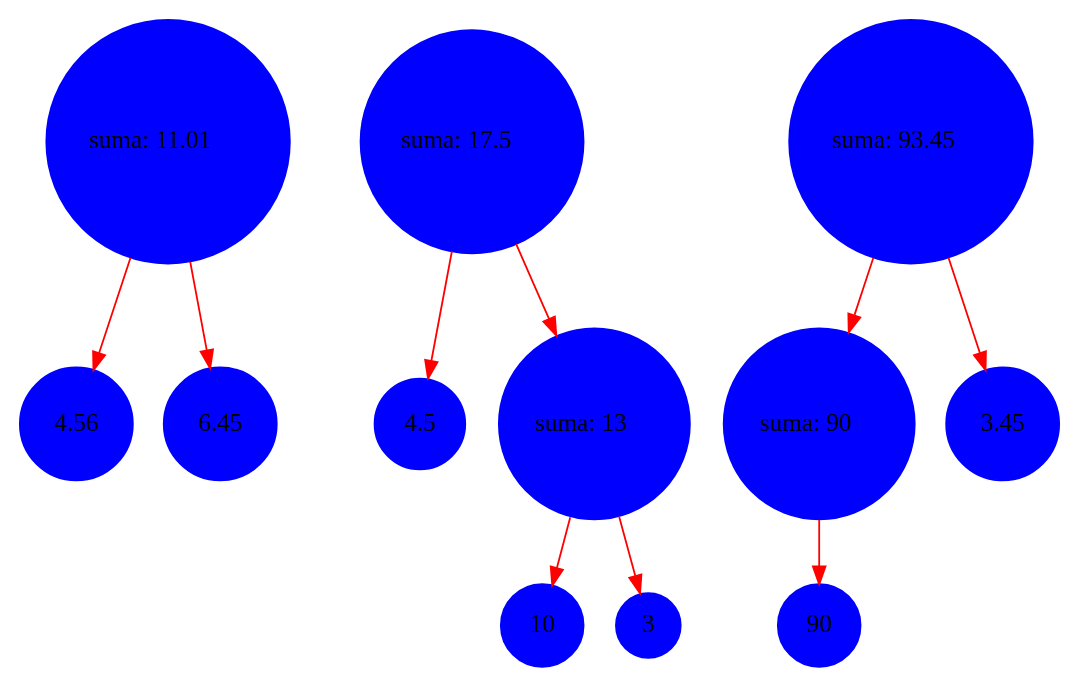
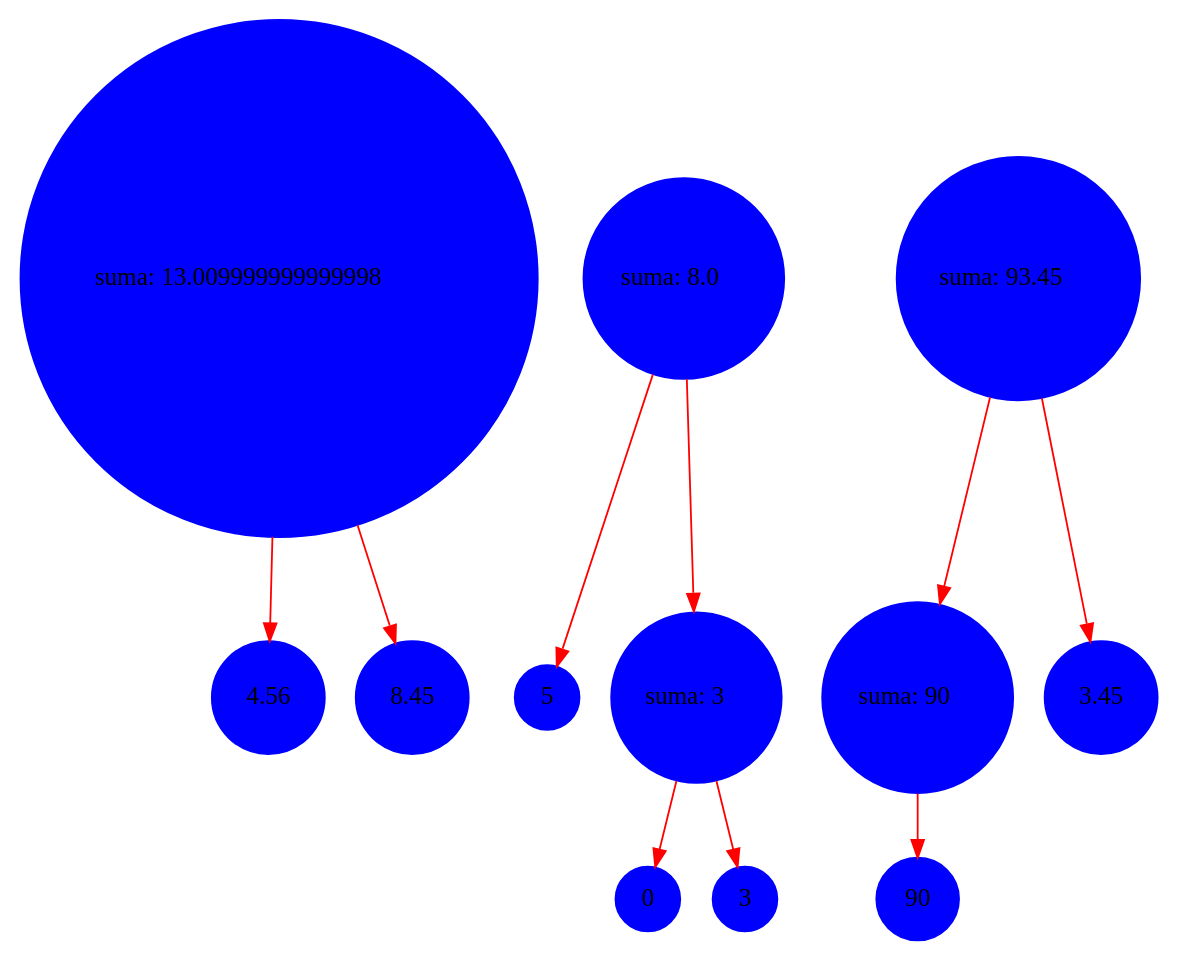
The diagram in grafo.dot (Jhonsagui81/-LFP-royecto1_202106003), drawn with Graphviz before and after one commit. The commit also changed 4 other files, not shown here.

```diff
--- a/grafo.dot
+++ b/grafo.dot
@@ -1,24 +1,24 @@
 digraph {
 	rankdir=TB
 	4.56 [shape=circle style=filled color = blue]
  	suma1 -> 4.56 [shape=record color=red]
-	6.45 [shape=circle style=filled color = blue]
- 	suma1 -> 6.45 [shape=record color=red]
-	suma1 [shape=circle style=filled color = blue, label=<suma: 11.01>]
- 	4.5 [shape=circle style=filled color = blue]
- 	suma2 -> 4.5 [shape=record color=red]
-	10 [shape=circle style=filled color = blue]
- 	suma102 -> 10 [shape=record color=red]
+	8.45 [shape=circle style=filled color = blue]
+ 	suma1 -> 8.45 [shape=record color=red]
+	suma1 [shape=circle style=filled color = blue, label=<suma: 13.009999999999998>]
+ 	5 [shape=circle style=filled color = blue]
+ 	suma2 -> 5 [shape=record color=red]
+	0 [shape=circle style=filled color = blue]
+ 	suma102 -> 0 [shape=record color=red]
 	3 [shape=circle style=filled color = blue]
  	suma102 -> 3 [shape=record color=red]
-	suma102 [shape=circle style=filled color = blue, label=<suma: 13>]
+	suma102 [shape=circle style=filled color = blue, label=<suma: 3>]
  	suma2 -> suma102 [shape=record color=red]
-	suma2 [shape=circle style=filled color = blue, label=<suma: 17.5>]
+	suma2 [shape=circle style=filled color = blue, label=<suma: 8.0>]
  	90 [shape=circle style=filled color = blue]
  	suma103 -> 90 [shape=record color=red]
 	suma103 [shape=circle style=filled color = blue, label=<suma: 90>]
  	suma3 -> suma103 [shape=record color=red]
 	3.45 [shape=circle style=filled color = blue]
  	suma3 -> 3.45 [shape=record color=red]
 	suma3 [shape=circle style=filled color = blue, label=<suma: 93.45>]
  }
```
